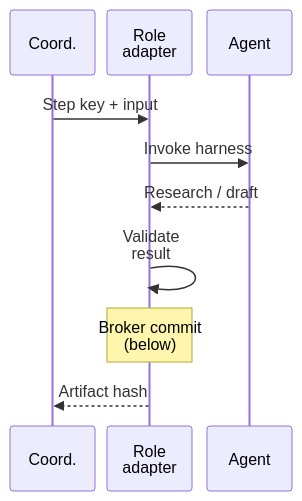
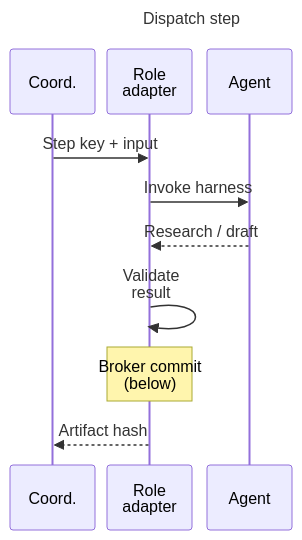
Before and after one commit to kartikhth-byte/AI-Workforce-Showcase: the second of 3 diagrams in docs/walkthrough.md, drawn with Mermaid. The commit also changed other lines of this file, not shown here.

Commit message:
Label sequence panels and separate actors from toolbar

````diff
--- a/docs/walkthrough.md
+++ b/docs/walkthrough.md
@@ -38,23 +39,24 @@
 ```mermaid
 ---
 config:
   sequence:
     width: 85
     actorMargin: 12
     diagramMarginX: 4
     diagramMarginY: 40
     messageMargin: 28
     wrap: true
     bottomMarginAdj: 150
 ---
 sequenceDiagram
+    title Dispatch step
     participant C as Coord.
     participant A as Role adapter
     participant H as Agent
     C->>A: Step key + input
     A->>H: Invoke harness
     H-->>A: Research / draft
     A->>A: Validate result
     Note over A: Broker commit<br/>(below)
     A-->>C: Artifact hash
 ```
````
